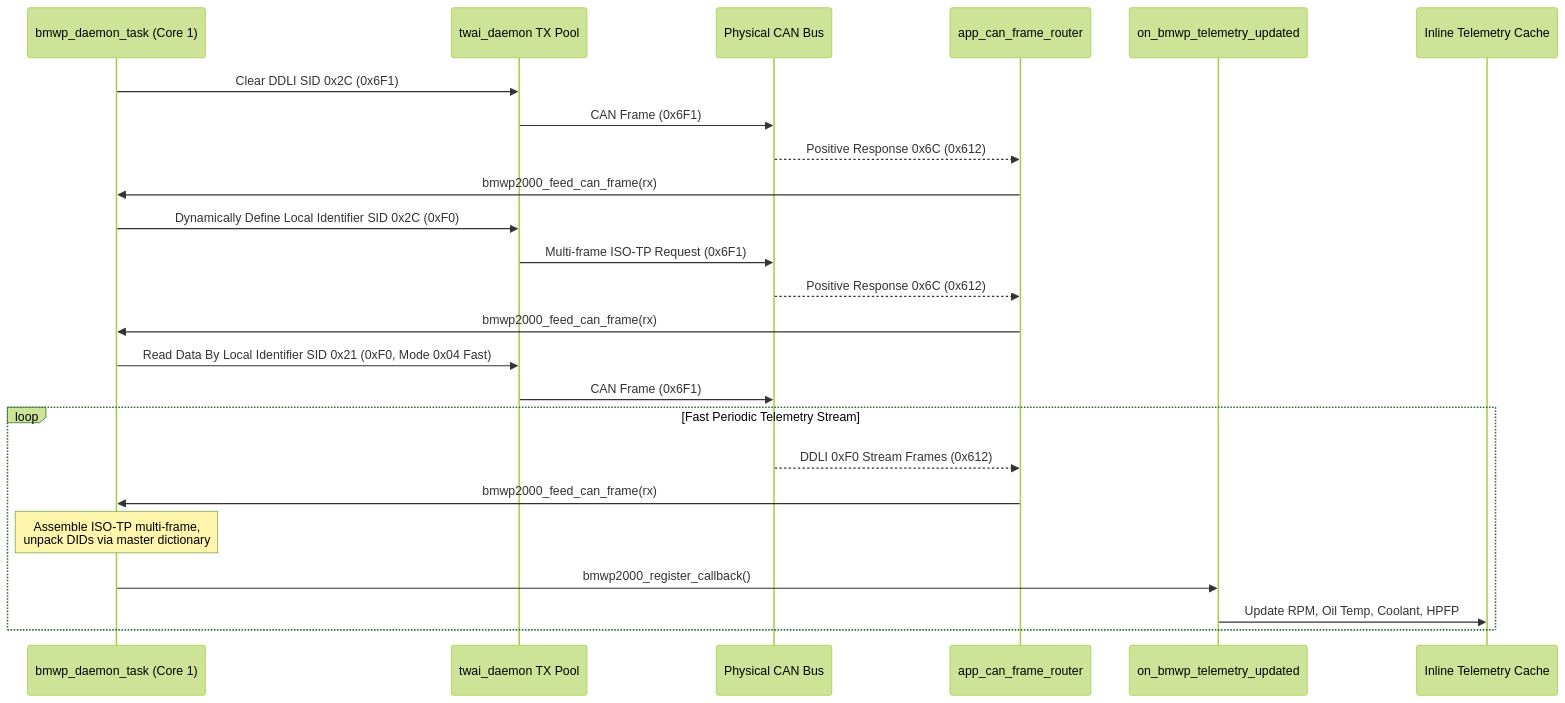
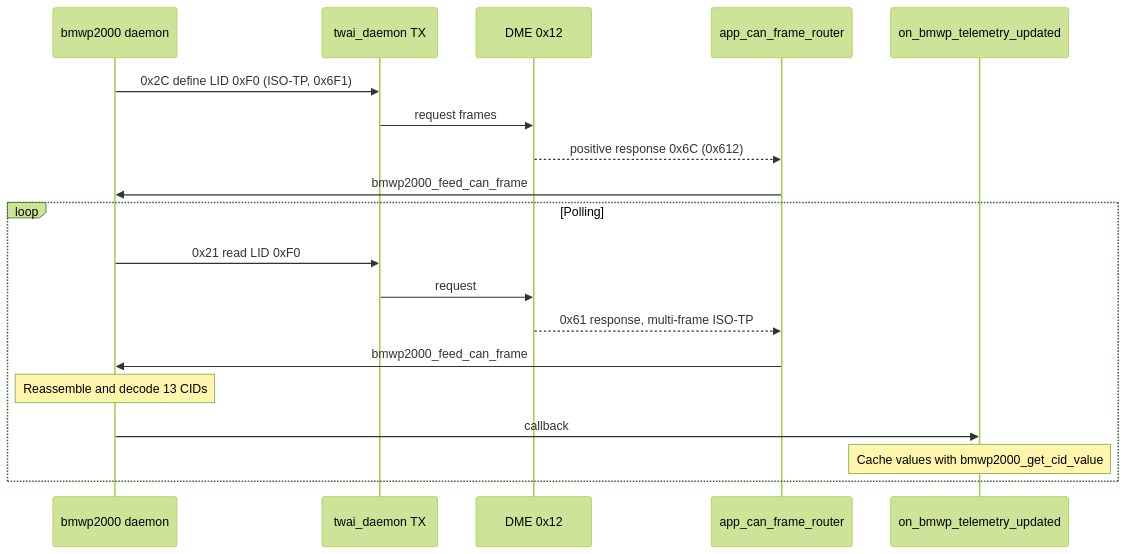
The third of 4 diagrams in docs/TOO.MD (martinroger/MiniGauge56), drawn with Mermaid (forest theme) before and after one commit. The commit also changed other lines of this file and 5 other files, not shown here.

````diff
--- a/docs/TOO.MD
+++ b/docs/TOO.MD
@@ -118,30 +143,22 @@
 ```mermaid
 sequenceDiagram
-    participant DAEMON as bmwp_daemon_task (Core 1)
-    participant TWAI as twai_daemon TX Pool
-    participant BUS as Physical CAN Bus
+    participant D as bmwp2000 daemon
+    participant TX as twai_daemon TX
+    participant DME as DME 0x12
     participant ROUTER as app_can_frame_router
     participant CB as on_bmwp_telemetry_updated
-    participant CACHE as Inline Telemetry Cache
 
-    DAEMON->>TWAI: Clear DDLI SID 0x2C (0x6F1)
-    TWAI->>BUS: CAN Frame (0x6F1)
-    BUS-->>ROUTER: Positive Response 0x6C (0x612)
-    ROUTER->>DAEMON: bmwp2000_feed_can_frame(rx)
-
-    DAEMON->>TWAI: Dynamically Define Local Identifier SID 0x2C (0xF0)
-    TWAI->>BUS: Multi-frame ISO-TP Request (0x6F1)
-    BUS-->>ROUTER: Positive Response 0x6C (0x612)
-    ROUTER->>DAEMON: bmwp2000_feed_can_frame(rx)
-
-    DAEMON->>TWAI: Read Data By Local Identifier SID 0x21 (0xF0, Mode 0x04 Fast)
-    TWAI->>BUS: CAN Frame (0x6F1)
-
-    loop Fast Periodic Telemetry Stream
-        BUS-->>ROUTER: DDLI 0xF0 Stream Frames (0x612)
-        ROUTER->>DAEMON: bmwp2000_feed_can_frame(rx)
-        Note over DAEMON: Assemble ISO-TP multi-frame,<br/>unpack DIDs via master dictionary
-        DAEMON->>CB: bmwp2000_register_callback()
-        CB->>CACHE: Update RPM, Oil Temp, Coolant, HPFP
+    D->>TX: 0x2C define LID 0xF0 (ISO-TP, 0x6F1)
+    TX->>DME: request frames
+    DME-->>ROUTER: positive response 0x6C (0x612)
+    ROUTER->>D: bmwp2000_feed_can_frame
+    loop Polling
+        D->>TX: 0x21 read LID 0xF0
+        TX->>DME: request
+        DME-->>ROUTER: 0x61 response, multi-frame ISO-TP
+        ROUTER->>D: bmwp2000_feed_can_frame
+        Note over D: Reassemble and decode 13 CIDs
+        D->>CB: callback
+        Note over CB: Cache values with bmwp2000_get_cid_value
     end
 ```
````
